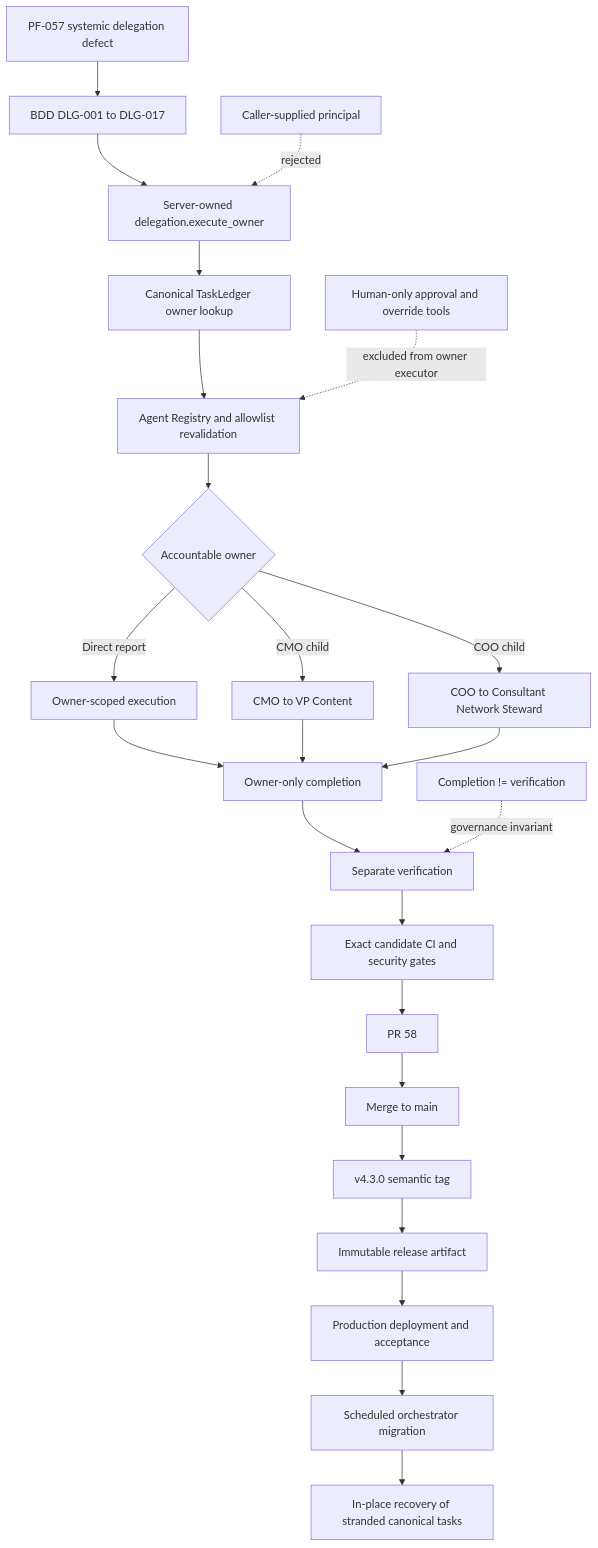
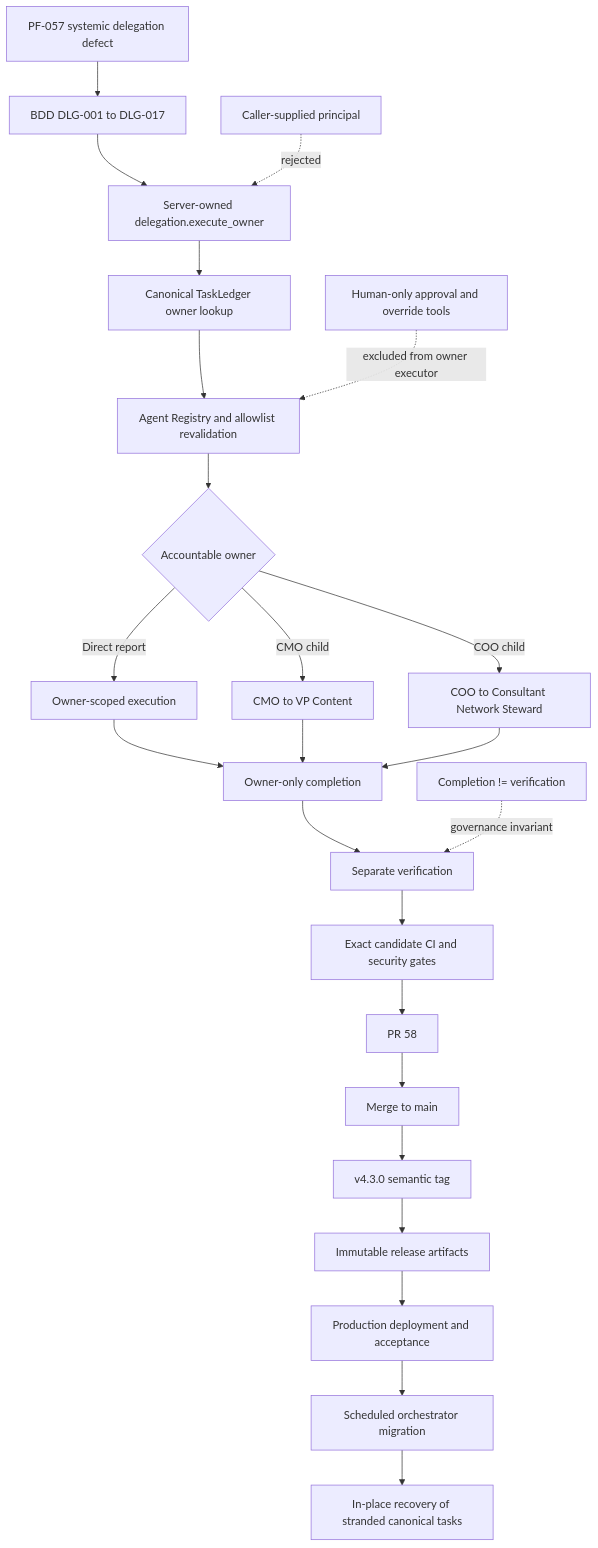
The first of 2 diagrams in docs/material-turn-v4.3.0.md (mkleinbe/mesh-ai-agent-cos-universe), drawn with Mermaid before and after one commit. The commit also changed other lines of this file, not shown here.

Commit message:
docs: align v4.3.0 material turn with skill release bundle

````diff
--- a/docs/material-turn-v4.3.0.md
+++ b/docs/material-turn-v4.3.0.md
@@ -110,27 +81,27 @@
 ```mermaid
 flowchart TD
     A[PF-057 systemic delegation defect] --> B[BDD DLG-001 to DLG-017]
     B --> C[Server-owned delegation.execute_owner]
     C --> D[Canonical TaskLedger owner lookup]
     D --> E[Agent Registry and allowlist revalidation]
     E --> F{Accountable owner}
     F -->|Direct report| G[Owner-scoped execution]
     F -->|CMO child| H[CMO to VP Content]
     F -->|COO child| I[COO to Consultant Network Steward]
     G --> J[Owner-only completion]
     H --> J
     I --> J
     J --> K[Separate verification]
     K --> L[Exact candidate CI and security gates]
     L --> M[PR 58]
     M --> N[Merge to main]
     N --> O[v4.3.0 semantic tag]
-    O --> P[Immutable release artifact]
+    O --> P[Immutable release artifacts]
     P --> Q[Production deployment and acceptance]
     Q --> R[Scheduled orchestrator migration]
     R --> S[In-place recovery of stranded canonical tasks]
 
     T[Human-only approval and override tools] -. excluded from owner executor .-> E
     U[Caller-supplied principal] -. rejected .-> C
     V[Completion != verification] -. governance invariant .-> K
 ```
````
